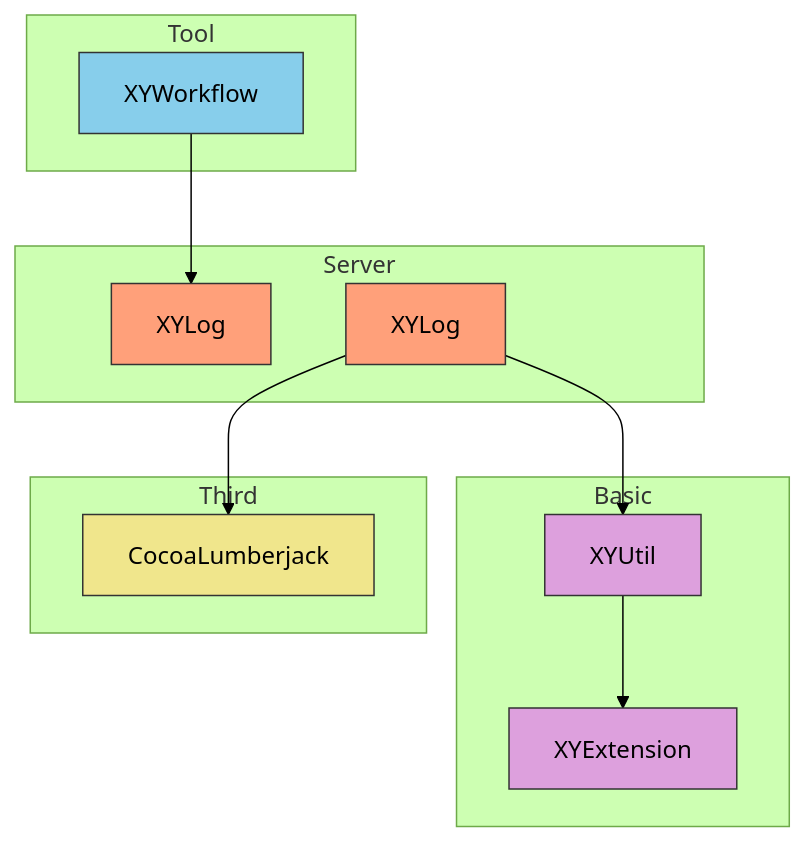
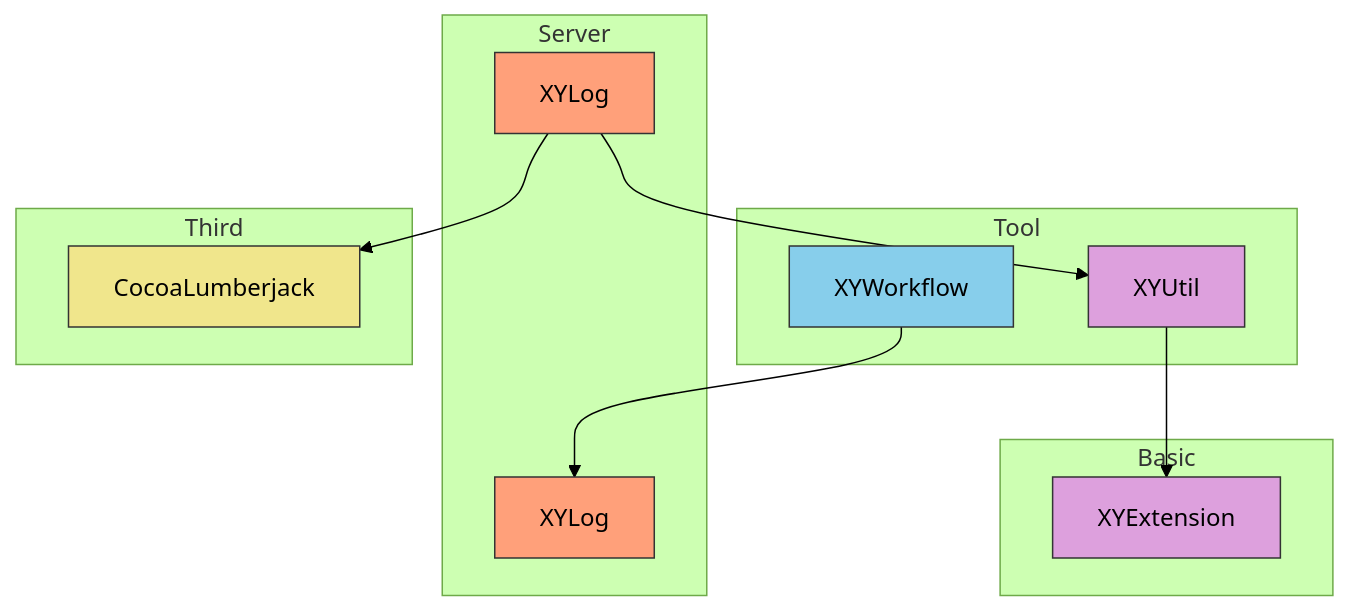
One commit to huangsf89757/XYLib changed the second of 2 diagrams in Tool/README.md. Above: the diagram before and after it, drawn with Mermaid (forest theme). The commit also changed other lines of this file and 22 other files, not shown here.

````diff
--- a/Tool/README.md
+++ b/Tool/README.md
@@ -40,34 +102,34 @@
 ```mermaid
 graph TD
     A[XYWorkflow] --> B[XYLog]
     
     C[XYLog] --> D[XYUtil]
     C --> E[CocoaLumberjack]
     
     D --> F[XYExtension]
     
     subgraph Tool
         A
+        D
     end
     
     subgraph Server
         B
         C
     end
     
     subgraph Basic
-        D
         F
     end
     
     subgraph Third
         E
     end
     
     style A fill:#87CEEB,stroke:#333
     style B fill:#FFA07A,stroke:#333
     style C fill:#FFA07A,stroke:#333
     style D fill:#DDA0DD,stroke:#333
     style E fill:#F0E68C,stroke:#333
     style F fill:#DDA0DD,stroke:#333
 ```
````
